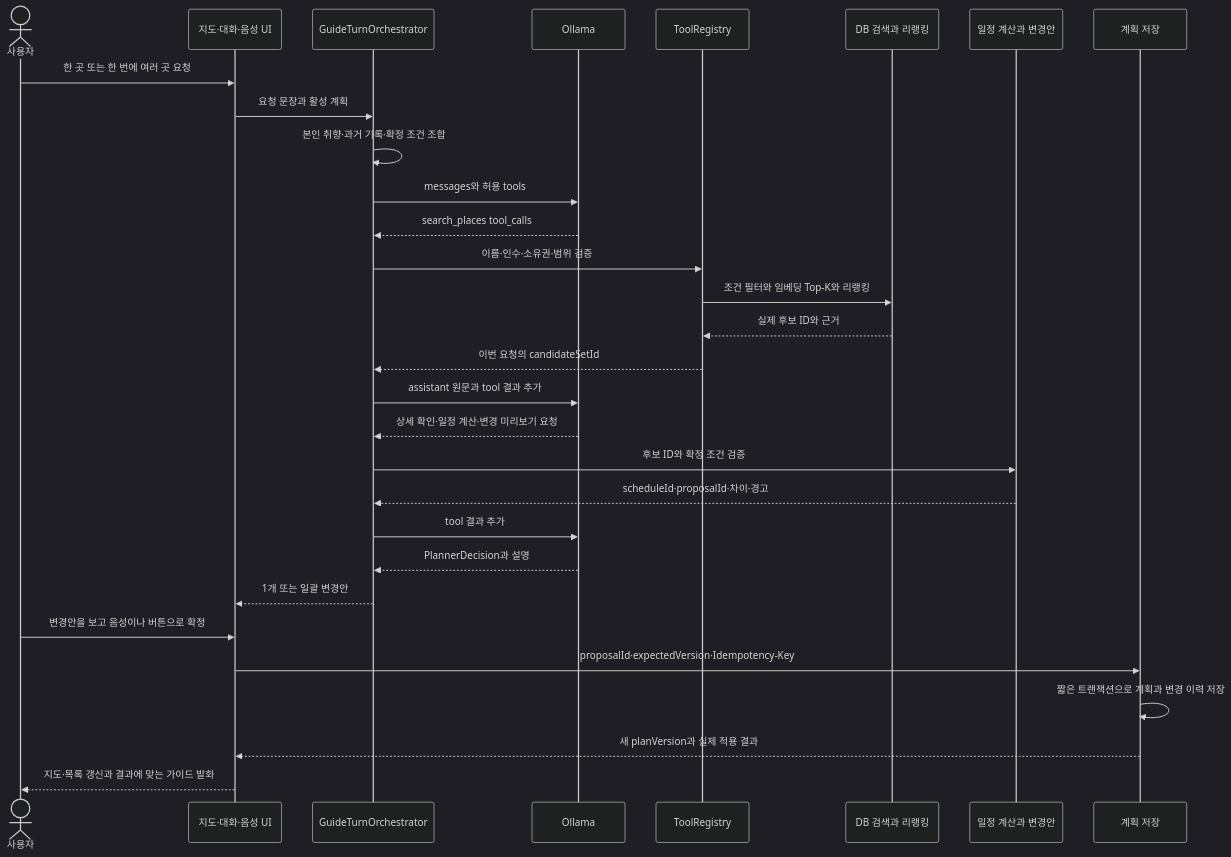
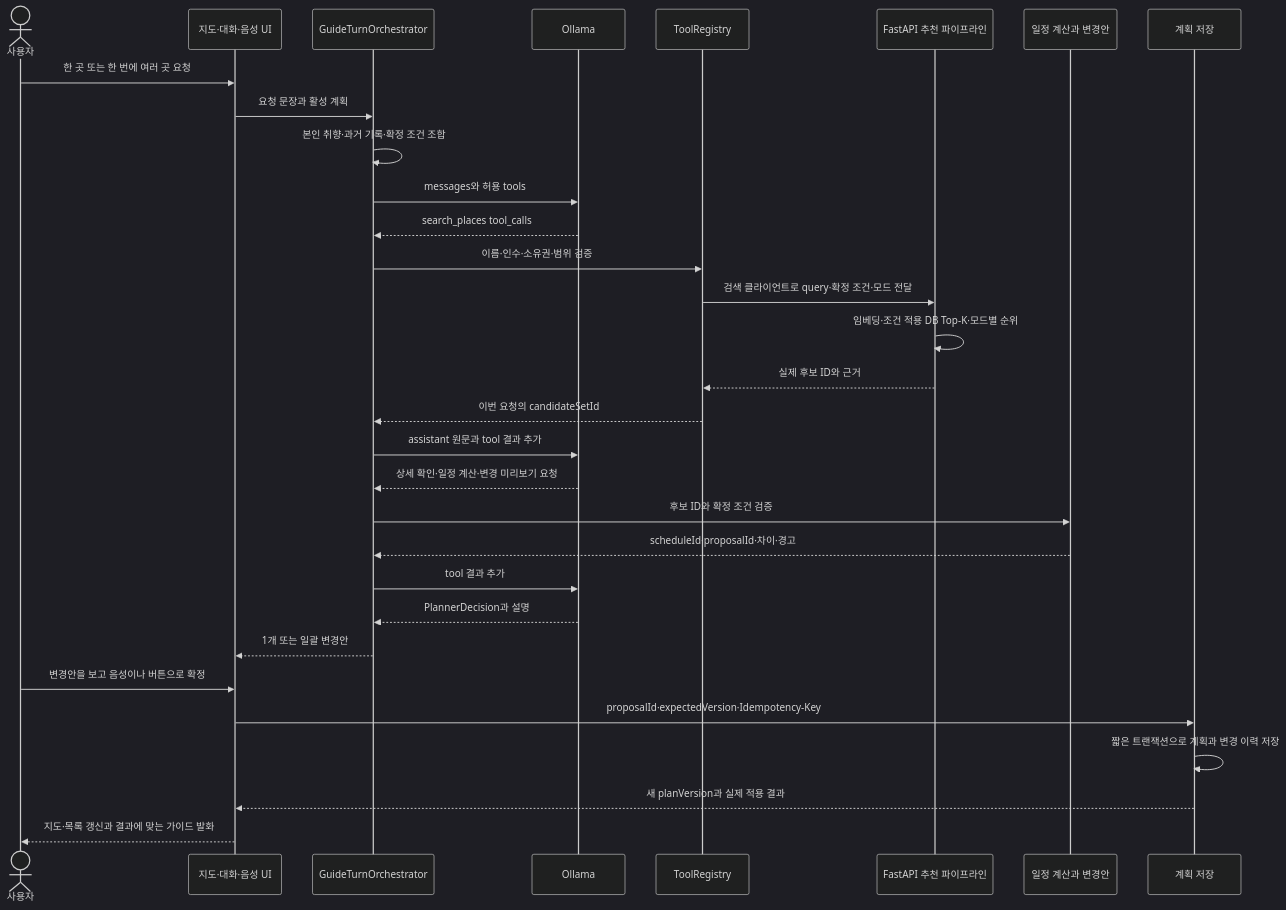
One commit to yollo4179/TravelMate changed the fifth of 7 diagrams in docs/architecture/personal-tour-guide.md. Above: the diagram before and after it, drawn with Mermaid (dark theme). The commit also changed other lines of this file and 4 other files, not shown here.

Commit message:
Document FastAPI recommendation pipeline with direct DB access

````diff
--- a/docs/architecture/personal-tour-guide.md
+++ b/docs/architecture/personal-tour-guide.md
@@ -188,32 +192,33 @@
 ```mermaid
 sequenceDiagram
     actor User as 사용자
     participant App as 지도·대화·음성 UI
     participant Server as GuideTurnOrchestrator
     participant LLM as Ollama
     participant Tools as ToolRegistry
-    participant Search as DB 검색과 리랭킹
+    participant Search as FastAPI 추천 파이프라인
     participant Preview as 일정 계산과 변경안
     participant Store as 계획 저장
     User->>App: 한 곳 또는 한 번에 여러 곳 요청
     App->>Server: 요청 문장과 활성 계획
     Server->>Server: 본인 취향·과거 기록·확정 조건 조합
     Server->>LLM: messages와 허용 tools
     LLM-->>Server: search_places tool_calls
     Server->>Tools: 이름·인수·소유권·범위 검증
-    Tools->>Search: 조건 필터와 임베딩 Top-K와 리랭킹
+    Tools->>Search: 검색 클라이언트로 query·확정 조건·모드 전달
+    Search->>Search: 임베딩·조건 적용 DB Top-K·모드별 순위
     Search-->>Tools: 실제 후보 ID와 근거
     Tools-->>Server: 이번 요청의 candidateSetId
     Server->>LLM: assistant 원문과 tool 결과 추가
     LLM-->>Server: 상세 확인·일정 계산·변경 미리보기 요청
     Server->>Preview: 후보 ID와 확정 조건 검증
     Preview-->>Server: scheduleId·proposalId·차이·경고
     Server->>LLM: tool 결과 추가
     LLM-->>Server: PlannerDecision과 설명
     Server-->>App: 1개 또는 일괄 변경안
     User->>App: 변경안을 보고 음성이나 버튼으로 확정
     App->>Store: proposalId·expectedVersion·Idempotency-Key
     Store->>Store: 짧은 트랜잭션으로 계획과 변경 이력 저장
     Store-->>App: 새 planVersion과 실제 적용 결과
     App-->>User: 지도·목록 갱신과 결과에 맞는 가이드 발화
 ```
````
